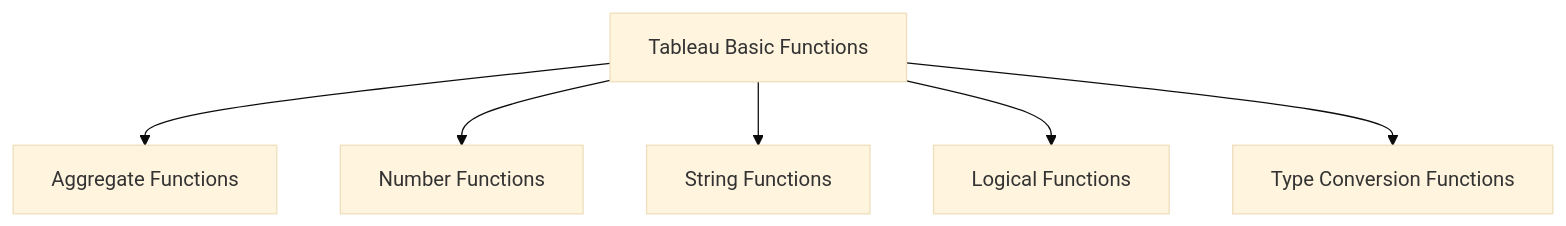
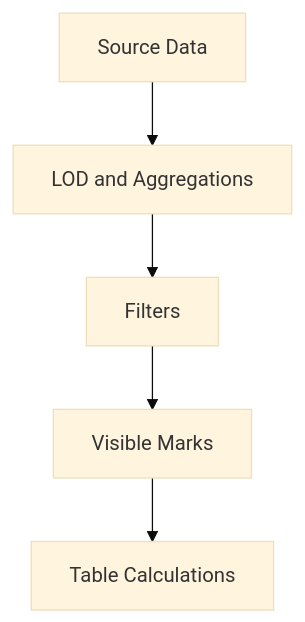
The seventh of 7 diagrams in materials/tableau/session2.qmd (hovhannisyan91/aca), drawn with Mermaid (base theme) before and after one commit. The commit also changed other lines of this file and 1 other file, not shown here.

````diff
--- a/materials/tableau/session2.qmd
+++ b/materials/tableau/session2.qmd
@@ -1592,8 +1959,7 @@
 ```{mermaid}
 flowchart TD
-A[Tableau Basic Functions] --> B[Aggregate Functions]
-A --> C[Number Functions]
-A --> D[String Functions]
-A --> E[Logical Functions]
-A --> F[Type Conversion Functions]
+A[Source Data] --> B[LOD and Aggregations]
+B --> C[Filters]
+C --> D[Visible Marks]
+D --> E[Table Calculations]
 ```
````
